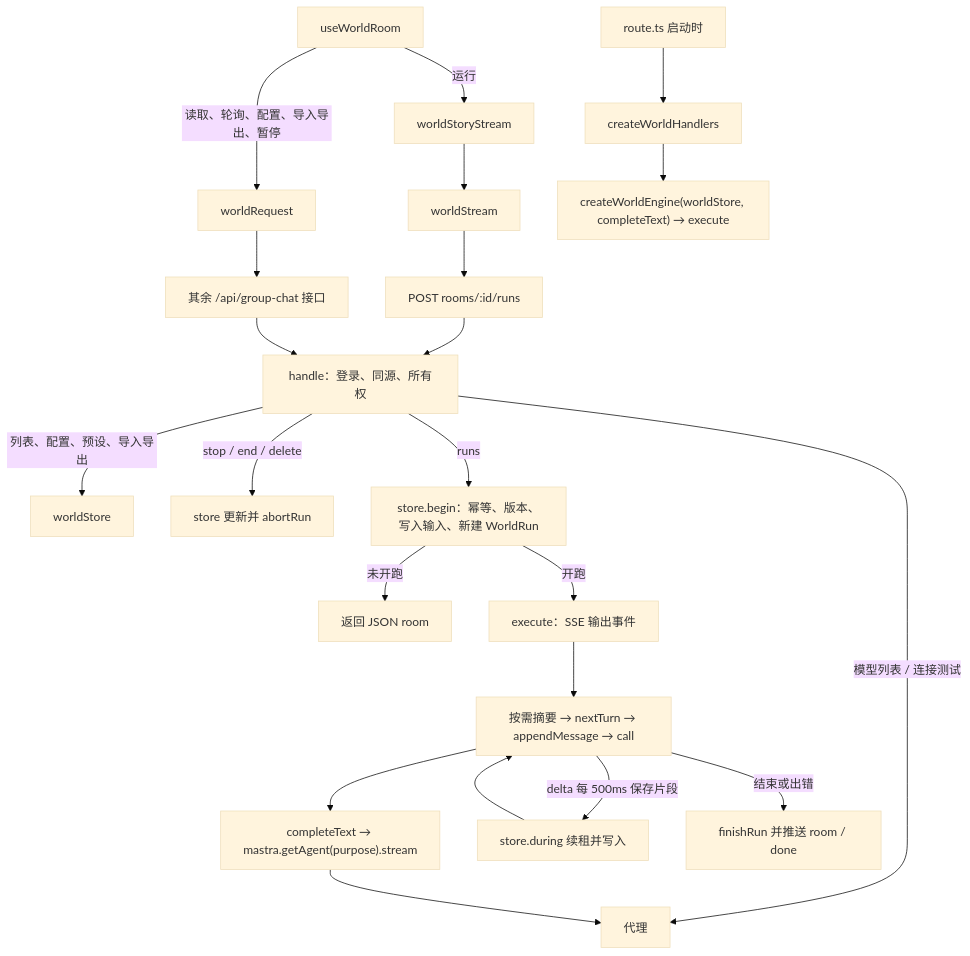
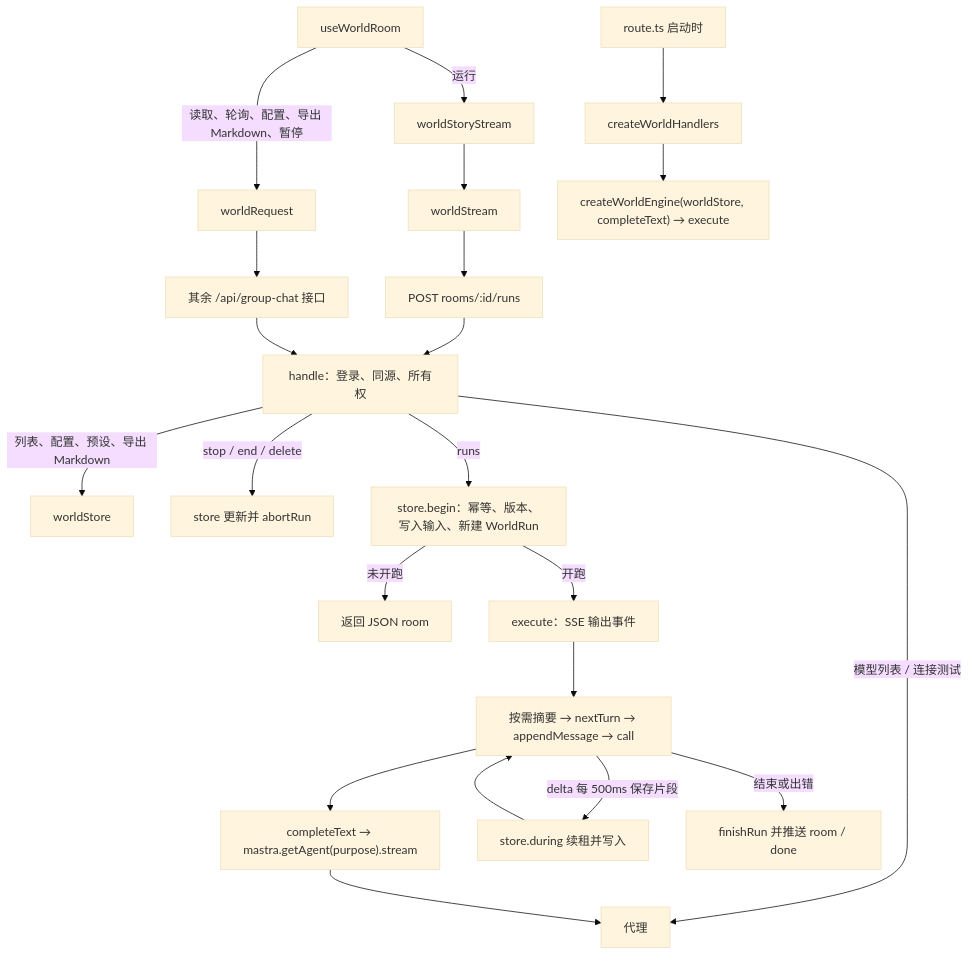
The third of 5 diagrams in docs/open-world/flowcharts.md (marvin-season/landing-page), drawn with Mermaid (base theme) before and after one commit. The commit also changed 12 other files, not shown here.

````diff
--- a/docs/open-world/flowcharts.md
+++ b/docs/open-world/flowcharts.md
@@ -85,24 +85,24 @@
 ```mermaid
 flowchart TD
-  ui[useWorldRoom] -->|读取、轮询、配置、导入导出、暂停| request[worldRequest]
+  ui[useWorldRoom] -->|读取、轮询、配置、导出 Markdown、暂停| request[worldRequest]
   ui -->|运行| story[worldStoryStream]
   story --> stream[worldStream]
   stream --> runs["POST rooms/:id/runs"]
   request --> other["其余 /api/group-chat 接口"]
   route[route.ts 启动时] --> handlers[createWorldHandlers]
   handlers --> engine["createWorldEngine(worldStore, completeText) → execute"]
   runs --> handle[handle：登录、同源、所有权]
   other --> handle
-  handle -->|列表、配置、预设、导入导出| store[worldStore]
+  handle -->|列表、配置、预设、导出 Markdown| store[worldStore]
   handle -->|模型列表 / 连接测试| proxy[代理]
   handle -->|stop / end / delete| abort[store 更新并 abortRun]
   handle -->|runs| begin[store.begin：幂等、版本、写入输入、新建 WorldRun]
   begin -->|未开跑| json[返回 JSON room]
   begin -->|开跑| execute[execute：SSE 输出事件]
   execute --> loop[按需摘要 → nextTurn → appendMessage → call]
   loop --> complete["completeText → mastra.getAgent(purpose).stream"]
   complete --> proxy
   loop -->|delta 每 500ms 保存片段| during[store.during 续租并写入]
   during --> loop
   loop -->|结束或出错| finishRun[finishRun 并推送 room / done]
 ```
````
